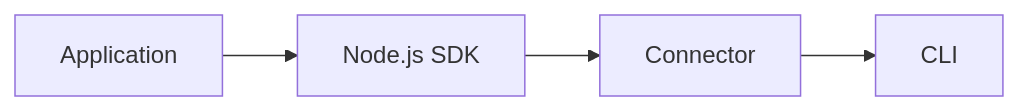
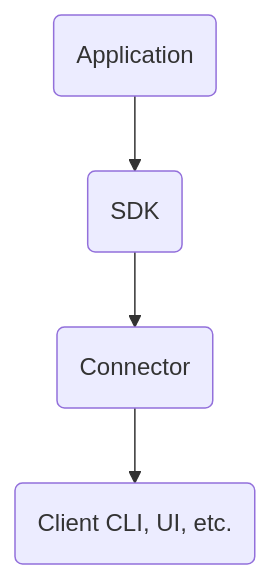
The diagram in README.md (artem-horovyi/probex), drawn with Mermaid before and after one commit. The commit also changed other lines of this file, not shown here.

````diff
--- a/README.md
+++ b/README.md
@@ -35,11 +29,9 @@
 ```mermaid
-graph LR
-    A[Application]
-    B[Node.js SDK]
-    C[Connector]
-    D[CLI]
+graph TD
+    A(Application)
+    B(SDK)
+    C(Connector)
+    D(Client CLI, UI, etc.)
 
-    A --> B
-    B --> C
-    C --> D
+    A --> B --> C --> D
 ```
````
